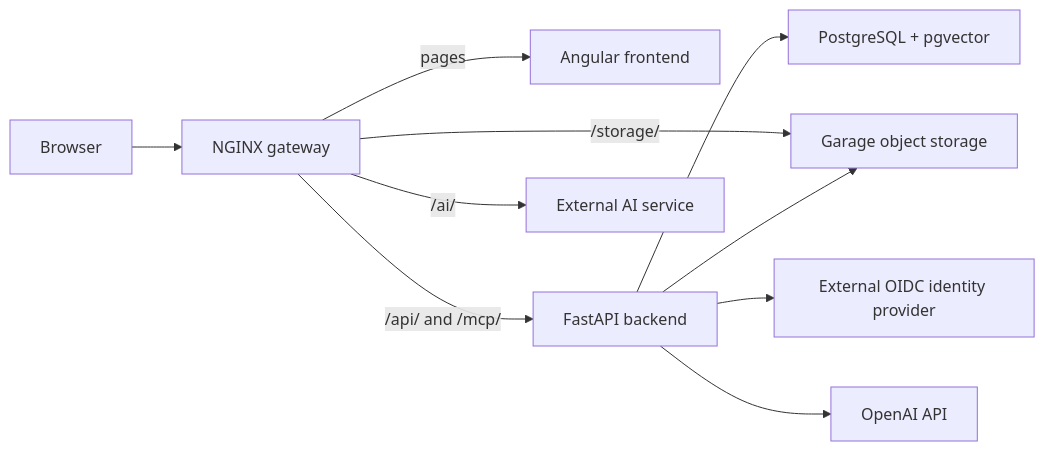
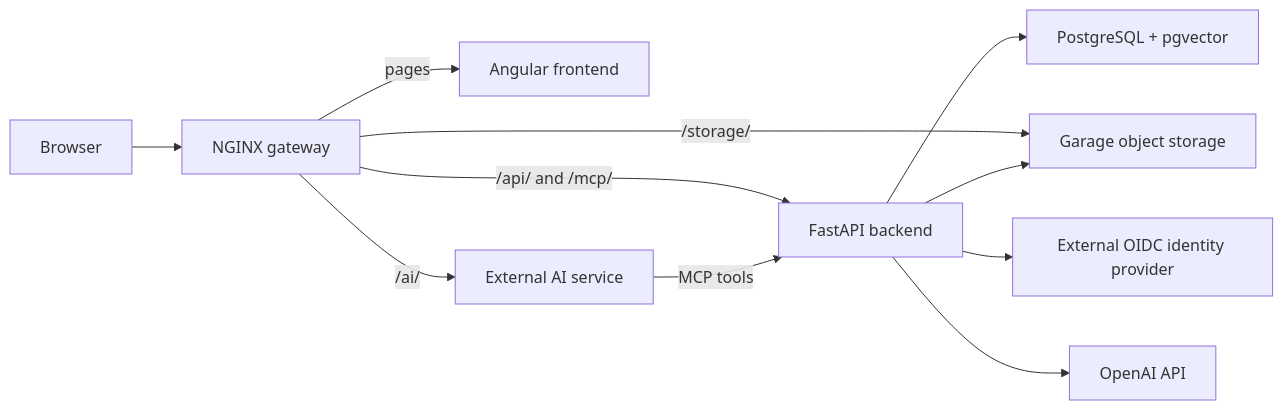
Before and after one commit to roithme0/kochwiki-v2: the diagram in docs/navigation.md, drawn with Mermaid. The commit also changed other lines of this file and 114 other files, not shown here.

````diff
--- a/docs/navigation.md
+++ b/docs/navigation.md
@@ -7,12 +7,13 @@
 ```mermaid
 flowchart LR
     Browser --> Gateway[NGINX gateway]
     Gateway -->|pages| Frontend[Angular frontend]
     Gateway -->|/api/ and /mcp/| Backend[FastAPI backend]
     Gateway -->|/storage/| Storage[Garage object storage]
     Gateway -->|/ai/| AI[External AI service]
+    AI -->|MCP tools| Backend
     Backend --> Database[PostgreSQL + pgvector]
     Backend --> Storage
     Backend --> Identity[External OIDC identity provider]
     Backend --> Embeddings[OpenAI API]
 ```
````
